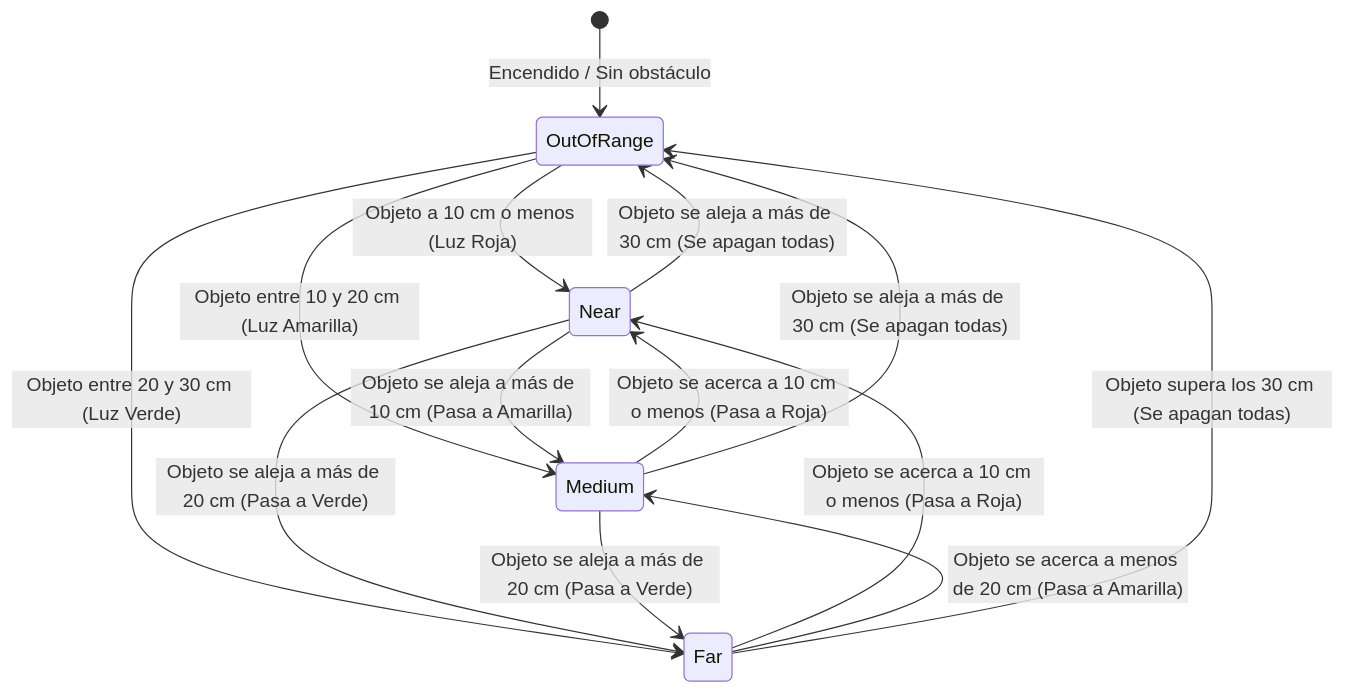
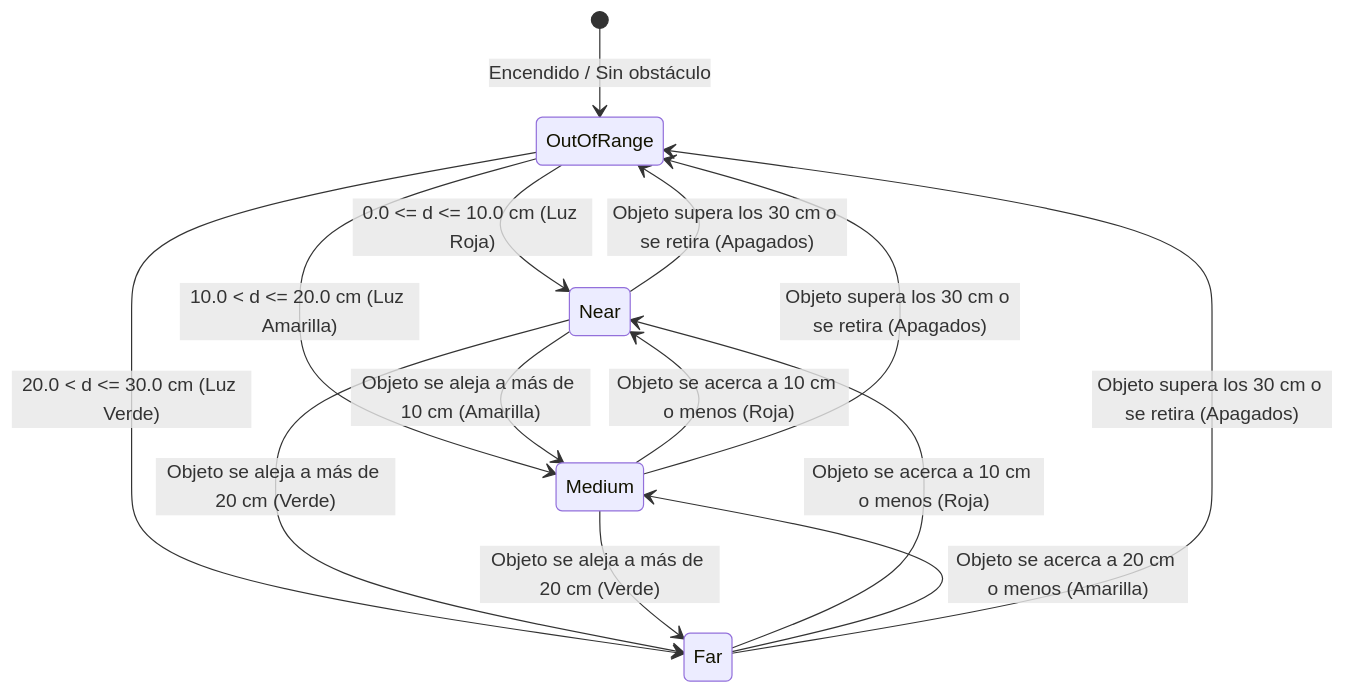
One commit to mjlozada2003/UltrasonicSensorLeds2 changed the fourth of 5 diagrams in INFORME_TECNICO.md. Above: the diagram before and after it, drawn with Mermaid. The commit also changed other lines of this file and 11 other files, not shown here.

````diff
--- a/INFORME_TECNICO.md
+++ b/INFORME_TECNICO.md
@@ -206,20 +188,20 @@
 ```mermaid
 stateDiagram-v2
     [*] --> OutOfRange : Encendido / Sin obstáculo
     
-    OutOfRange --> Near : Objeto a 10 cm o menos (Luz Roja)
-    OutOfRange --> Medium : Objeto entre 10 y 20 cm (Luz Amarilla)
-    OutOfRange --> Far : Objeto entre 20 y 30 cm (Luz Verde)
+    OutOfRange --> Near : 0.0 <= d <= 10.0 cm (Luz Roja)
+    OutOfRange --> Medium : 10.0 < d <= 20.0 cm (Luz Amarilla)
+    OutOfRange --> Far : 20.0 < d <= 30.0 cm (Luz Verde)
     
-    Near --> Medium : Objeto se aleja a más de 10 cm (Pasa a Amarilla)
-    Near --> Far : Objeto se aleja a más de 20 cm (Pasa a Verde)
-    Near --> OutOfRange : Objeto se aleja a más de 30 cm (Se apagan todas)
+    Near --> Medium : Objeto se aleja a más de 10 cm (Amarilla)
+    Near --> Far : Objeto se aleja a más de 20 cm (Verde)
+    Near --> OutOfRange : Objeto supera los 30 cm o se retira (Apagados)
     
-    Medium --> Near : Objeto se acerca a 10 cm o menos (Pasa a Roja)
-    Medium --> Far : Objeto se aleja a más de 20 cm (Pasa a Verde)
-    Medium --> OutOfRange : Objeto se aleja a más de 30 cm (Se apagan todas)
+    Medium --> Near : Objeto se acerca a 10 cm o menos (Roja)
+    Medium --> Far : Objeto se aleja a más de 20 cm (Verde)
+    Medium --> OutOfRange : Objeto supera los 30 cm o se retira (Apagados)
     
-    Far --> Near : Objeto se acerca a 10 cm o menos (Pasa a Roja)
-    Far --> Medium : Objeto se acerca a menos de 20 cm (Pasa a Amarilla)
-    Far --> OutOfRange : Objeto supera los 30 cm (Se apagan todas)
+    Far --> Near : Objeto se acerca a 10 cm o menos (Roja)
+    Far --> Medium : Objeto se acerca a 20 cm o menos (Amarilla)
+    Far --> OutOfRange : Objeto supera los 30 cm o se retira (Apagados)
 ```
````
